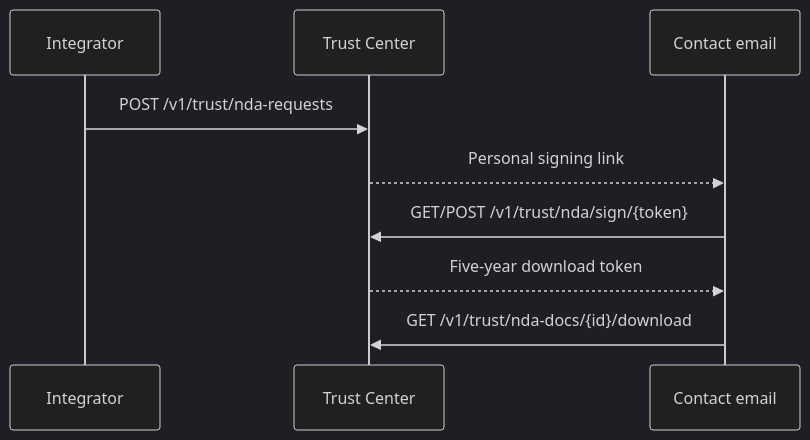
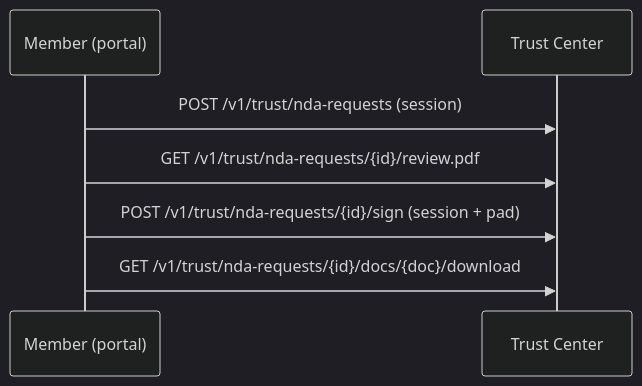
Before and after one commit to CBpayapp/cbpay-docs: the diagram in en/guides/trust-center-nda.mdx, drawn with Mermaid (dark theme). The commit also changed other lines of this file and 39 other files, not shown here.

````diff
--- a/en/guides/trust-center-nda.mdx
+++ b/en/guides/trust-center-nda.mdx
@@ -19,11 +19,9 @@
 ```mermaid
 sequenceDiagram
-  participant I as Integrator
+  participant M as Member (portal)
   participant T as Trust Center
-  participant E as Contact email
-  I->>T: POST /v1/trust/nda-requests
-  T-->>E: Personal signing link
-  E->>T: GET/POST /v1/trust/nda/sign/{token}
-  T-->>E: Five-year download token
-  E->>T: GET /v1/trust/nda-docs/{id}/download
+  M->>T: POST /v1/trust/nda-requests (session)
+  M->>T: GET /v1/trust/nda-requests/{id}/review.pdf
+  M->>T: POST /v1/trust/nda-requests/{id}/sign (session + pad)
+  M->>T: GET /v1/trust/nda-requests/{id}/docs/{doc}/download
 ```
````
